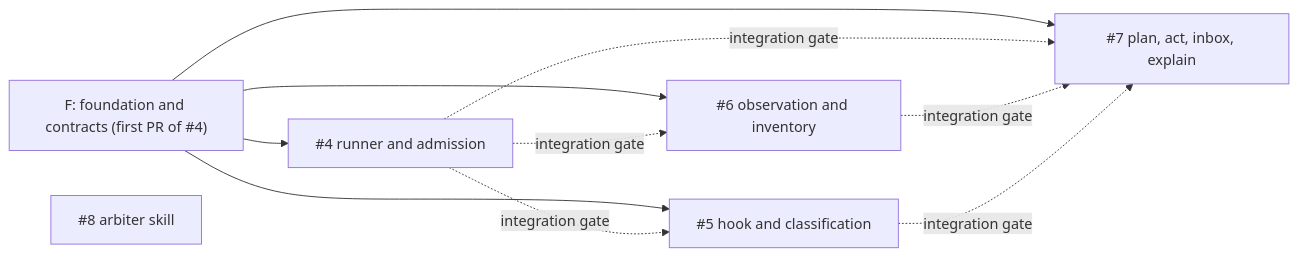
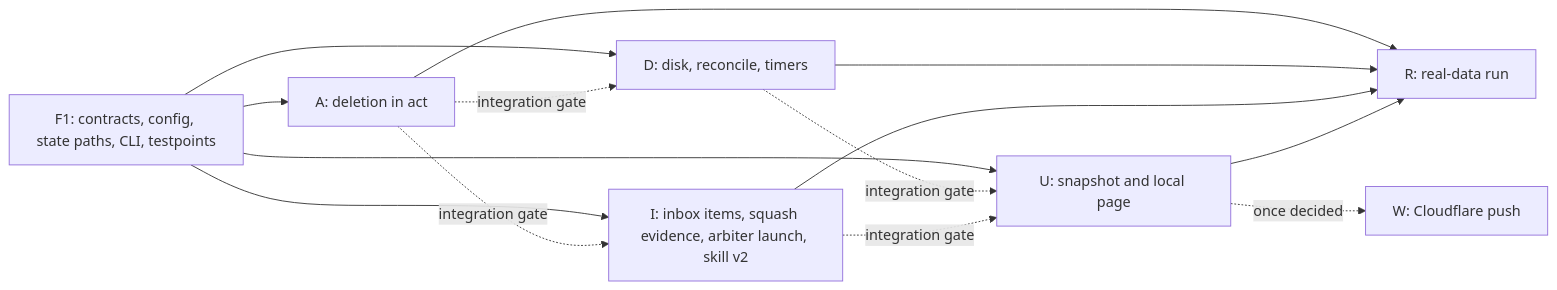
The second of 2 diagrams in docs/architecture.md (shuymn/cardinal), drawn with Mermaid before and after one commit. The commit also changed other lines of this file and 1 other file, not shown here.

First line of the commit message:
docs(architecture): design phase 1 reclamation

````diff
--- a/docs/architecture.md
+++ b/docs/architecture.md
@@ -1044,13 +1352,16 @@
 ```mermaid
 flowchart LR
-  F["F: foundation and contracts (first PR of #4)"] --> R["#4 runner and admission"]
-  F --> H["#5 hook and classification"]
-  F --> O["#6 observation and inventory"]
-  F --> P["#7 plan, act, inbox, explain"]
-  A["#8 arbiter skill"]
-  R -. "integration gate" .-> H
-  R -. "integration gate" .-> O
-  R -. "integration gate" .-> P
-  O -. "integration gate" .-> P
-  H -. "integration gate" .-> P
+  F1["F1: contracts, config, state paths, CLI, testpoints"] --> A["A: deletion in act"]
+  F1 --> D["D: disk, reconcile, timers"]
+  F1 --> I["I: inbox items, squash evidence, arbiter launch, skill v2"]
+  F1 --> U["U: snapshot and local page"]
+  A -. "integration gate" .-> D
+  A -. "integration gate" .-> I
+  D -. "integration gate" .-> U
+  I -. "integration gate" .-> U
+  A --> R["R: real-data run"]
+  D --> R
+  I --> R
+  U --> R
+  U -. "once decided" .-> W["W: Cloudflare push"]
 ```
````
